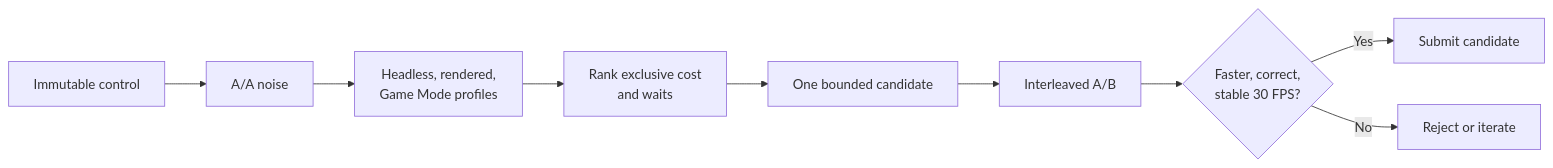
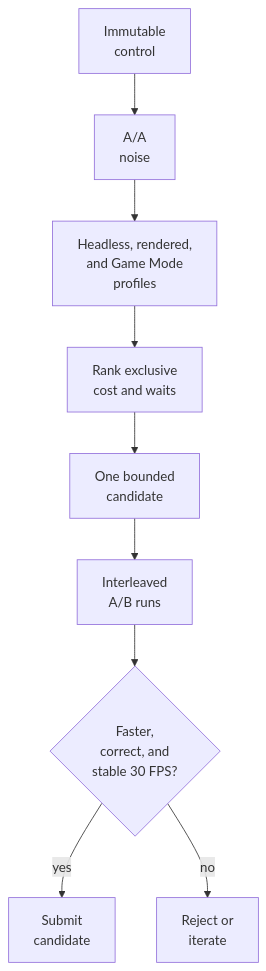
One commit to Aelbannan/boat_of_daphnes changed the diagram in docs/planning/2026-10-19-gamethread-optimizations/TECH_PLAN.md. Above: the diagram before and after it, drawn with Mermaid. The commit also changed 1 other file, not shown here.

Commit message:
docs: prevent game-thread diagram truncation

````diff
--- a/docs/planning/2026-10-19-gamethread-optimizations/TECH_PLAN.md
+++ b/docs/planning/2026-10-19-gamethread-optimizations/TECH_PLAN.md
@@ -169,11 +169,11 @@
 ```mermaid
-flowchart LR
-    Control["Immutable control"] --> Noise["A/A noise"]
-    Noise --> Profile["Headless, rendered,<br/>Game Mode profiles"]
-    Profile --> Rank["Rank exclusive cost<br/>and waits"]
-    Rank --> Candidate["One bounded candidate"]
-    Candidate --> Compare["Interleaved A/B"]
-    Compare --> Gates{"Faster, correct,<br/>stable 30 FPS?"}
-    Gates -->|Yes| Retain["Submit candidate"]
-    Gates -->|No| Record["Reject or iterate"]
+flowchart TD
+    Control["Immutable<br/>control"] --> Noise["A/A<br/>noise"]
+    Noise --> Profile["Headless, rendered,<br/>and Game Mode<br/>profiles"]
+    Profile --> Rank["Rank exclusive<br/>cost and waits"]
+    Rank --> Candidate["One bounded<br/>candidate"]
+    Candidate --> Compare["Interleaved<br/>A/B runs"]
+    Compare --> Gates{"Faster,<br/>correct, and<br/>stable 30 FPS?"}
+    Gates -->|"yes"| Retain["Submit<br/>candidate"]
+    Gates -->|"no"| Record["Reject or<br/>iterate"]
 ```
````
